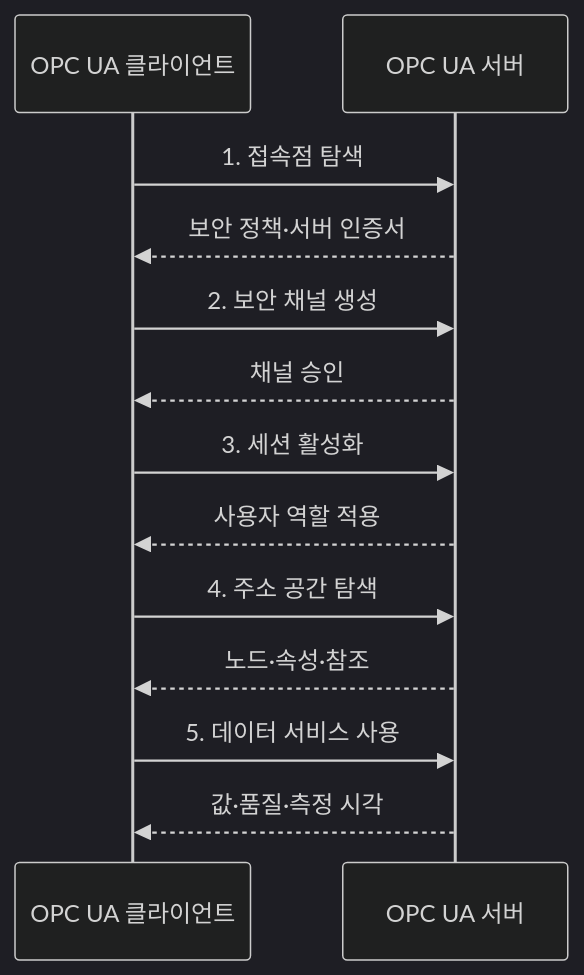
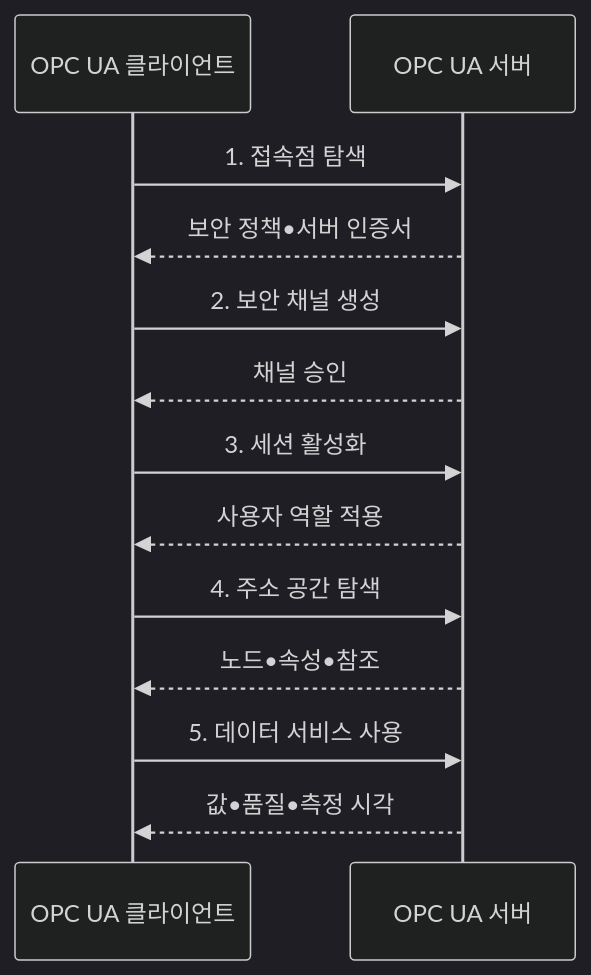
Before and after one commit to agnusdei1207/knowledge-base: the second of 2 diagrams in src/content/docs/notes/04-network/079_opc_ua.md, drawn with Mermaid (dark theme). The commit also changed other lines of this file and 953 other files, not shown here.

````diff
--- a/src/content/docs/notes/04-network/079_opc_ua.md
+++ b/src/content/docs/notes/04-network/079_opc_ua.md
@@ -103,15 +103,15 @@
 ```mermaid
 sequenceDiagram
     participant C as OPC UA 클라이언트
     participant S as OPC UA 서버
     C->>S: 1. 접속점 탐색
-    S-->>C: 보안 정책·서버 인증서
+    S-->>C: 보안 정책•서버 인증서
     C->>S: 2. 보안 채널 생성
     S-->>C: 채널 승인
     C->>S: 3. 세션 활성화
     S-->>C: 사용자 역할 적용
     C->>S: 4. 주소 공간 탐색
-    S-->>C: 노드·속성·참조
+    S-->>C: 노드•속성•참조
     C->>S: 5. 데이터 서비스 사용
-    S-->>C: 값·품질·측정 시각
+    S-->>C: 값•품질•측정 시각
 ```
````
